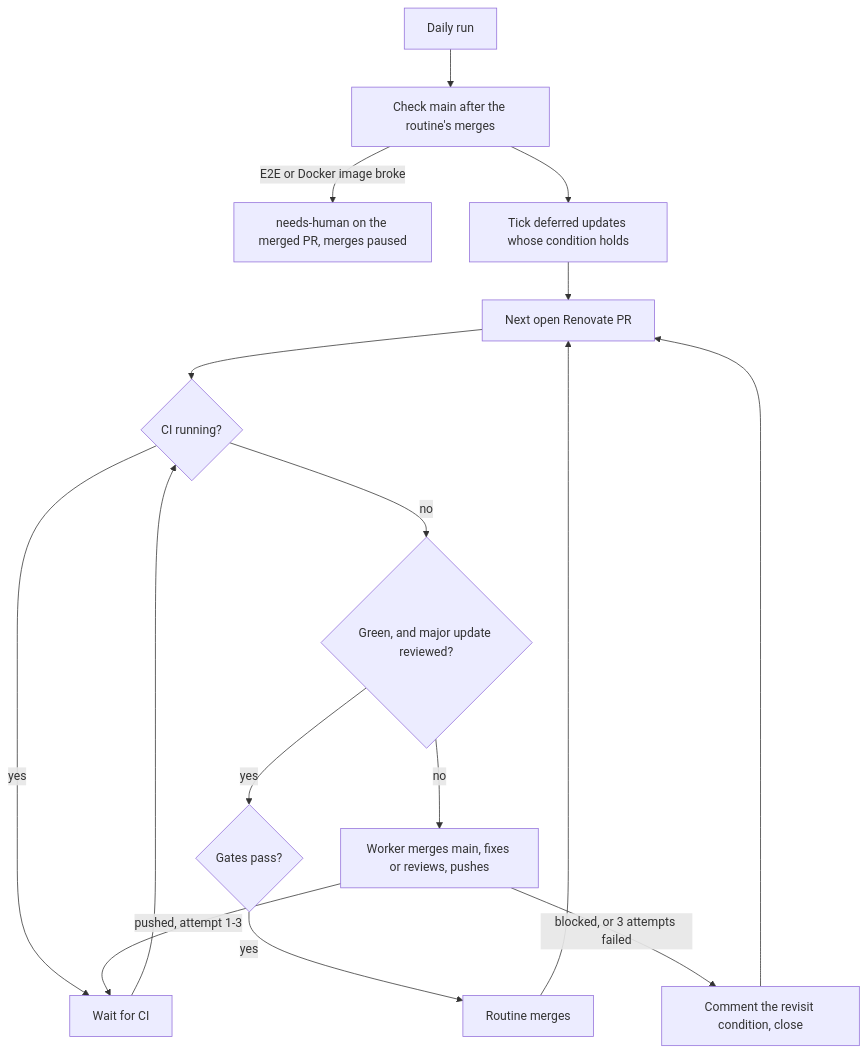
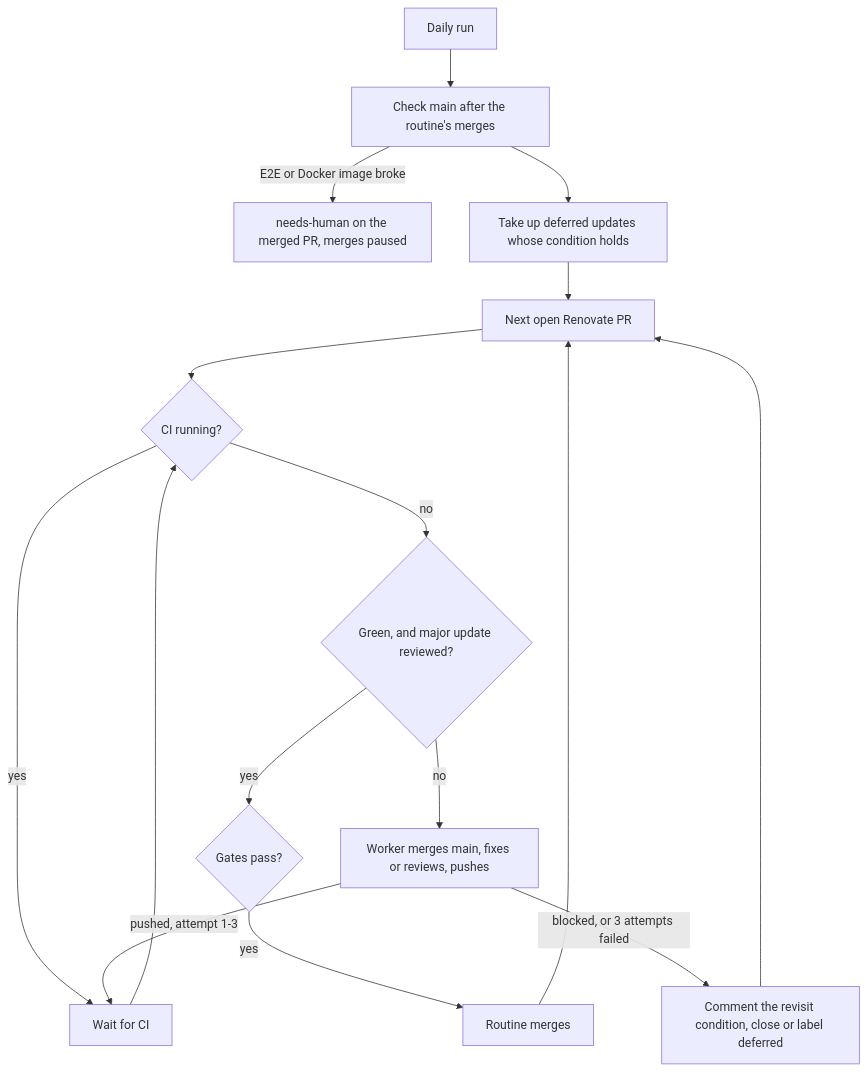
Before and after one commit to syudead/vv: the second of 2 diagrams in docs/how-to/dependency-updates.md, drawn with Mermaid. The commit also changed other lines of this file and 1 other file, not shown here.

First line of the commit message:
Keep deferred group PRs open and recheck majors closed for the next version

````diff
--- a/docs/how-to/dependency-updates.md
+++ b/docs/how-to/dependency-updates.md
@@ -112,18 +113,18 @@
 ```mermaid
 flowchart TD
   start[Daily run] --> watch[Check main after the routine's merges]
   watch -->|E2E or Docker image broke| broken[needs-human on the merged PR, merges paused]
-  watch --> reopen[Tick deferred updates whose condition holds]
+  watch --> reopen[Take up deferred updates whose condition holds]
   reopen --> pr[Next open Renovate PR]
   pr --> ci{CI running?}
   ci -->|yes| wait[Wait for CI]
   wait --> ci
   ci -->|no| state{Green, and major update reviewed?}
   state -->|yes| gate{Gates pass?}
   gate -->|yes| merge[Routine merges]
   state -->|no| worker[Worker merges main, fixes or reviews, pushes]
   worker -->|pushed, attempt 1-3| wait
-  worker -->|blocked, or 3 attempts failed| defer[Comment the revisit condition, close]
+  worker -->|blocked, or 3 attempts failed| defer[Comment the revisit condition, close or label deferred]
   merge --> pr
   defer --> pr
 ```
````
